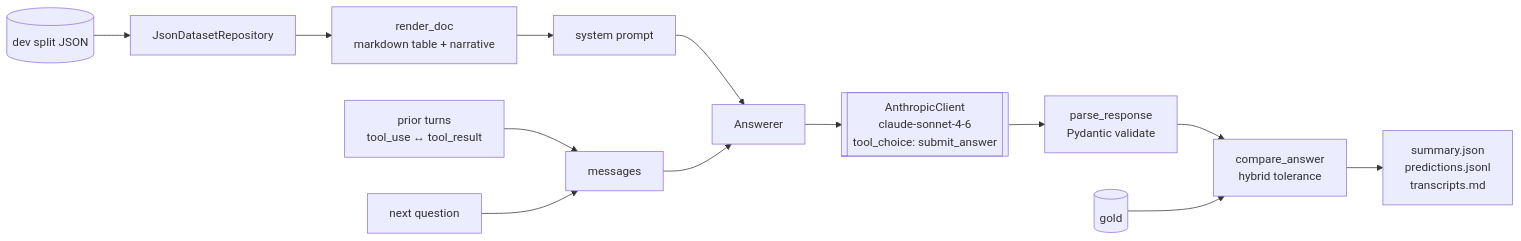
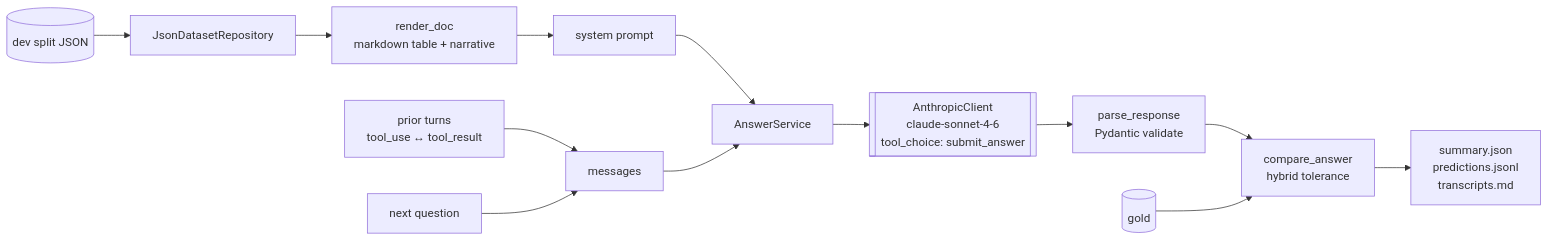
Before and after one commit to zarifaziz/convfinqa: the first of 2 diagrams in REPORT.md, drawn with Mermaid. The commit also changed other lines of this file and 1 other file, not shown here.

````diff
--- a/REPORT.md
+++ b/REPORT.md
@@ -17,15 +15,15 @@
 ```mermaid
 flowchart LR
   ds[(dev split JSON)] --> repo[JsonDatasetRepository]
   repo --> render[render_doc<br/>markdown table + narrative]
   render --> sys[system prompt]
   hist[prior turns<br/>tool_use ↔ tool_result] --> msgs[messages]
   q[next question] --> msgs
-  sys --> ans[Answerer]
+  sys --> ans[AnswerService]
   msgs --> ans
   ans --> claude[[AnthropicClient<br/>claude-sonnet-4-6<br/>tool_choice: submit_answer]]
   claude --> parse[parse_response<br/>Pydantic validate]
   parse --> cmp[compare_answer<br/>hybrid tolerance]
   gold[(gold)] --> cmp
   cmp --> sum[summary.json<br/>predictions.jsonl<br/>transcripts.md]
 ```
````
